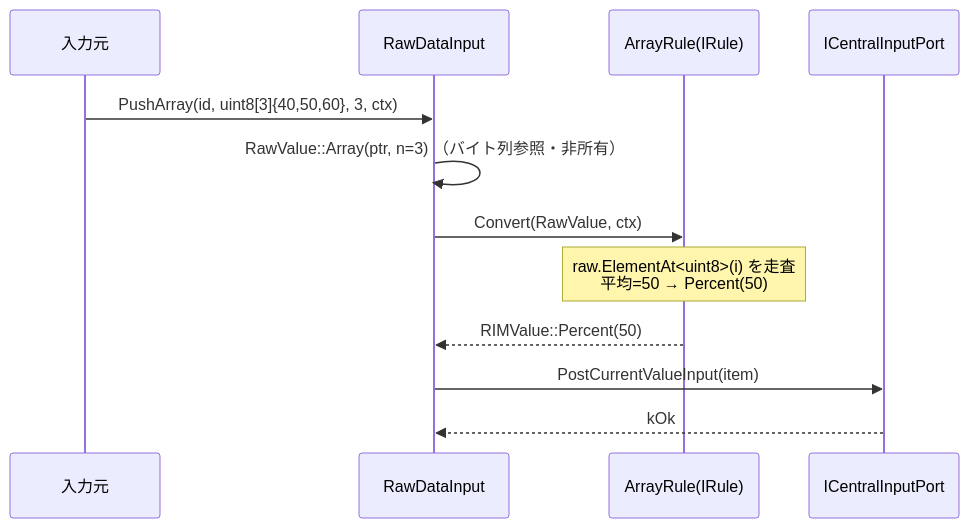
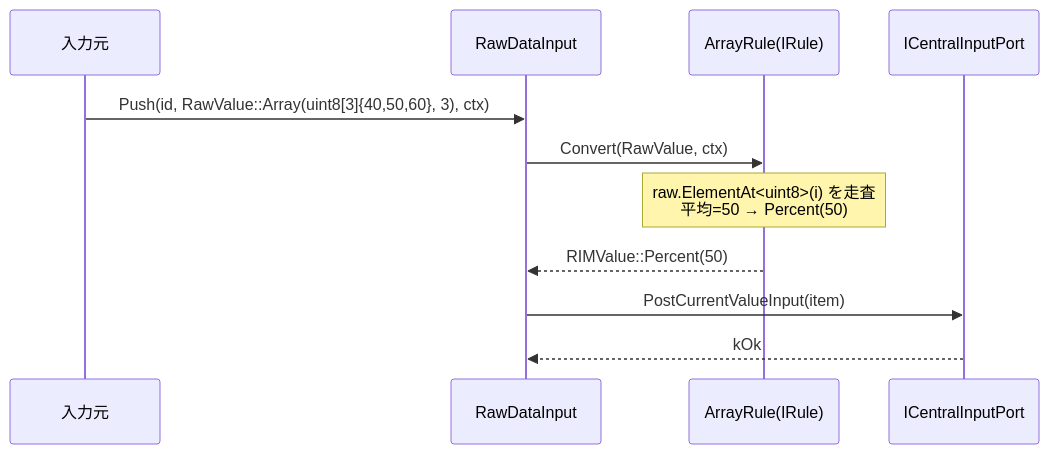
One commit to ceedling-vxworks-test-generator/printer-fw changed the second of 5 diagrams in docs/adapter/04_シーケンス図.md. Above: the diagram before and after it, drawn with Mermaid. The commit also changed other lines of this file and 6 other files, not shown here.

First line of the commit message:
Consolidate RawDataInput's external Push API into a single Push(id, RawValue, ctx)

````diff
--- a/docs/adapter/04_シーケンス図.md
+++ b/docs/adapter/04_シーケンス図.md
@@ -35,15 +34,14 @@
 ```mermaid
 sequenceDiagram
     participant Ext as 入力元
     participant RDI as RawDataInput
     participant Rule as ArrayRule(IRule)
     participant Port as ICentralInputPort
 
-    Ext->>RDI: PushArray(id, uint8[3]{40,50,60}, 3, ctx)
-    RDI->>RDI: RawValue::Array(ptr, n=3) （バイト列参照・非所有）
+    Ext->>RDI: Push(id, RawValue::Array(uint8[3]{40,50,60}, 3), ctx)
     RDI->>Rule: Convert(RawValue, ctx)
     Note over Rule: raw.ElementAt<uint8>(i) を走査<br/>平均=50 → Percent(50)
     Rule-->>RDI: RIMValue::Percent(50)
     RDI->>Port: PostCurrentValueInput(item)
     Port-->>RDI: kOk
 ```
````
